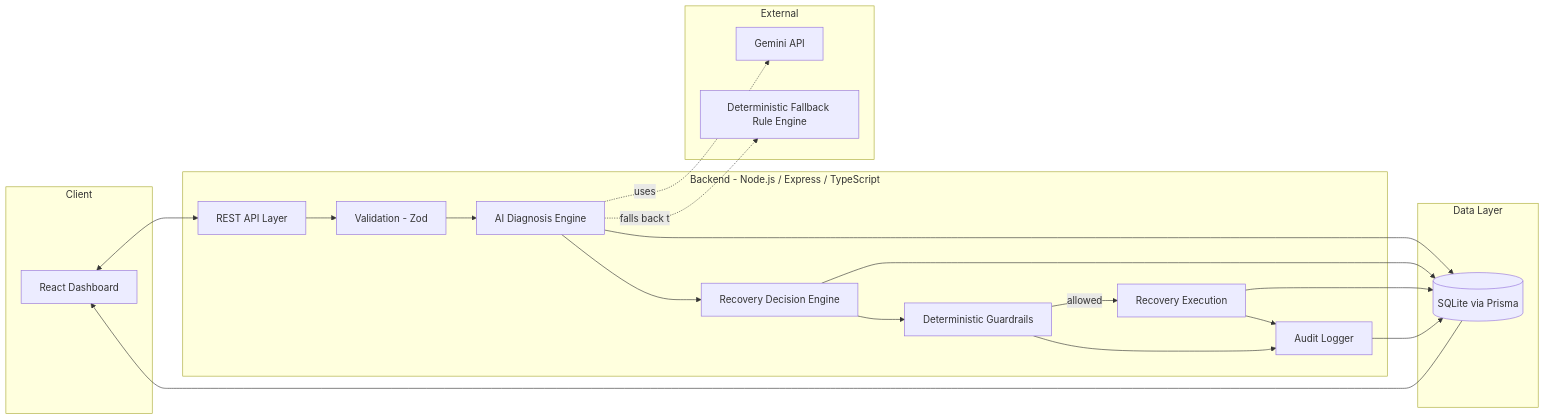
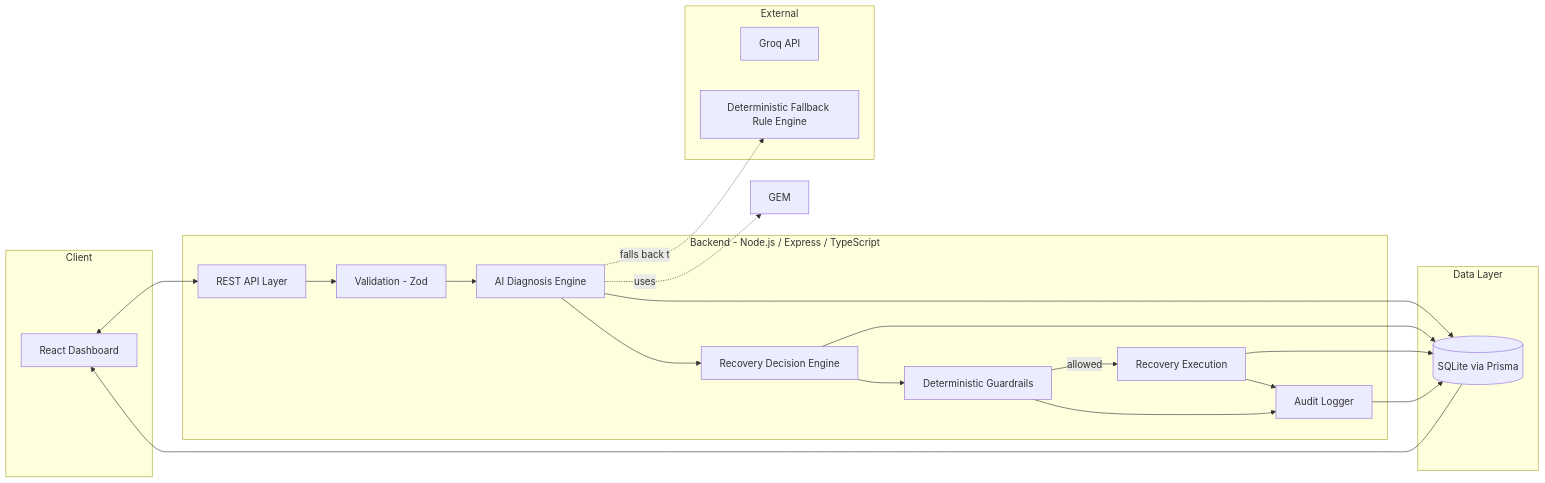
One commit to Lochit-Vinay/RazorRevive-AI changed the second of 2 diagrams in README.md. Above: the diagram before and after it, drawn with Mermaid. The commit also changed other lines of this file, not shown here.

Commit message:
Groq addede

````diff
--- a/README.md
+++ b/README.md
@@ -105,36 +105,36 @@
 ```mermaid
 flowchart LR
     subgraph Client
         UI[React Dashboard]
     end
     subgraph Server[Backend - Node.js / Express / TypeScript]
         API[REST API Layer]
         VAL[Validation - Zod]
         AI[AI Diagnosis Engine]
         DEC[Recovery Decision Engine]
         GR[Deterministic Guardrails]
         EXE[Recovery Execution]
         AUD[Audit Logger]
     end
     subgraph Data[Data Layer]
         DB[(SQLite via Prisma)]
     end
     subgraph External
-        GEM[Gemini API]
+        GROQ[Groq API]
         FALLBACK[Deterministic Fallback Rule Engine]
     end
 
     UI <--> API
     API --> VAL --> AI
     AI -.uses.-> GEM
     AI -.falls back to.-> FALLBACK
     AI --> DEC --> GR
     GR -->|allowed| EXE
     EXE --> AUD
     GR --> AUD
     AI --> DB
     DEC --> DB
     EXE --> DB
     AUD --> DB
     DB --> UI
 ```
````
